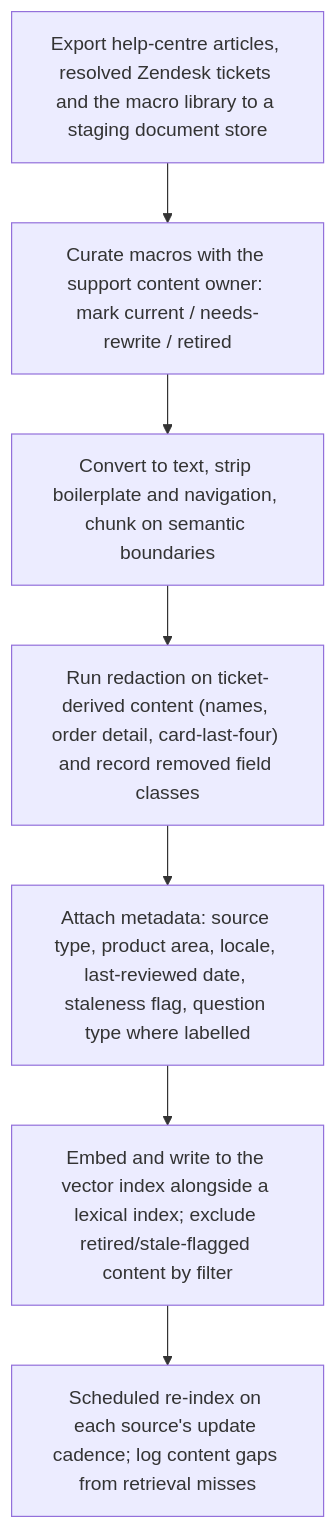
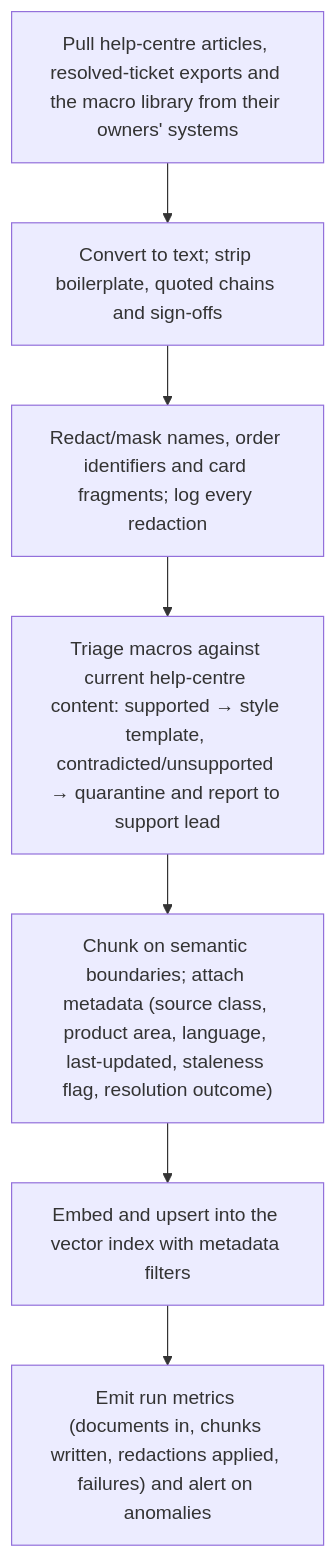
One commit to shanelabountyai/use-case-studio changed the first of 4 diagrams in docs/samples/support-ticket-deflection.md. Above: the diagram before and after it, drawn with Mermaid. The commit also changed other lines of this file and 3 other files, not shown here.

````diff
--- a/docs/samples/support-ticket-deflection.md
+++ b/docs/samples/support-ticket-deflection.md
@@ -79,16 +81,16 @@
 ```mermaid
 flowchart TD
-  n0_0["Export help-centre articles, resolved Zendesk tickets and the macro library to a staging document store"]
-  n0_1["Curate macros with the support content owner: mark current / needs-rewrite / retired"]
-  n0_2["Convert to text, strip boilerplate and navigation, chunk on semantic boundaries"]
-  n0_3["Run redaction on ticket-derived content (names, order detail, card-last-four) and record removed field classes"]
-  n0_4["Attach metadata: source type, product area, locale, last-reviewed date, staleness flag, question type where labelled"]
-  n0_5["Embed and write to the vector index alongside a lexical index; exclude retired/stale-flagged content by filter"]
-  n0_6["Scheduled re-index on each source's update cadence; log content gaps from retrieval misses"]
+  n0_0["Pull help-centre articles, resolved-ticket exports and the macro library from their owners' systems"]
+  n0_1["Convert to text; strip boilerplate, quoted chains and sign-offs"]
+  n0_2["Redact/mask names, order identifiers and card fragments; log every redaction"]
+  n0_3["Triage macros against current help-centre content: supported → style template, contradicted/unsupported → quarantine and report to support lead"]
+  n0_4["Chunk on semantic boundaries; attach metadata (source class, product area, language, last-updated, staleness flag, resolution outcome)"]
+  n0_5["Embed and upsert into the vector index with metadata filters"]
+  n0_6["Emit run metrics (documents in, chunks written, redactions applied, failures) and alert on anomalies"]
   n0_0 --> n0_1
   n0_1 --> n0_2
   n0_2 --> n0_3
   n0_3 --> n0_4
   n0_4 --> n0_5
   n0_5 --> n0_6
 ```
````
